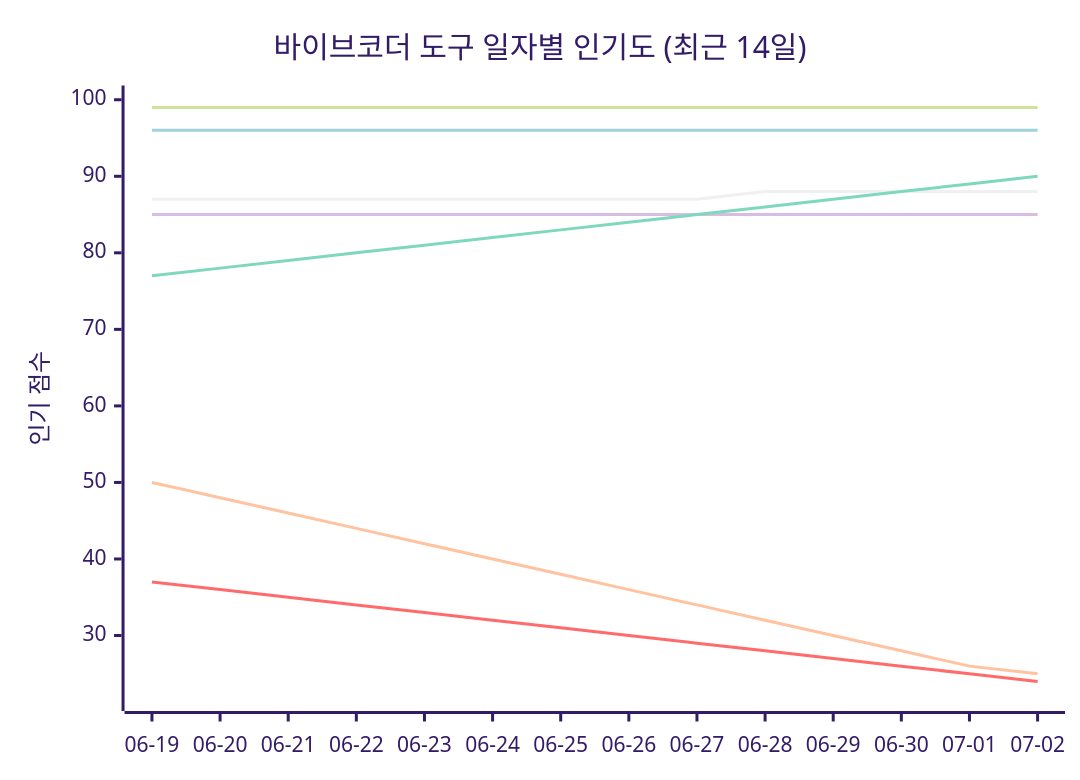
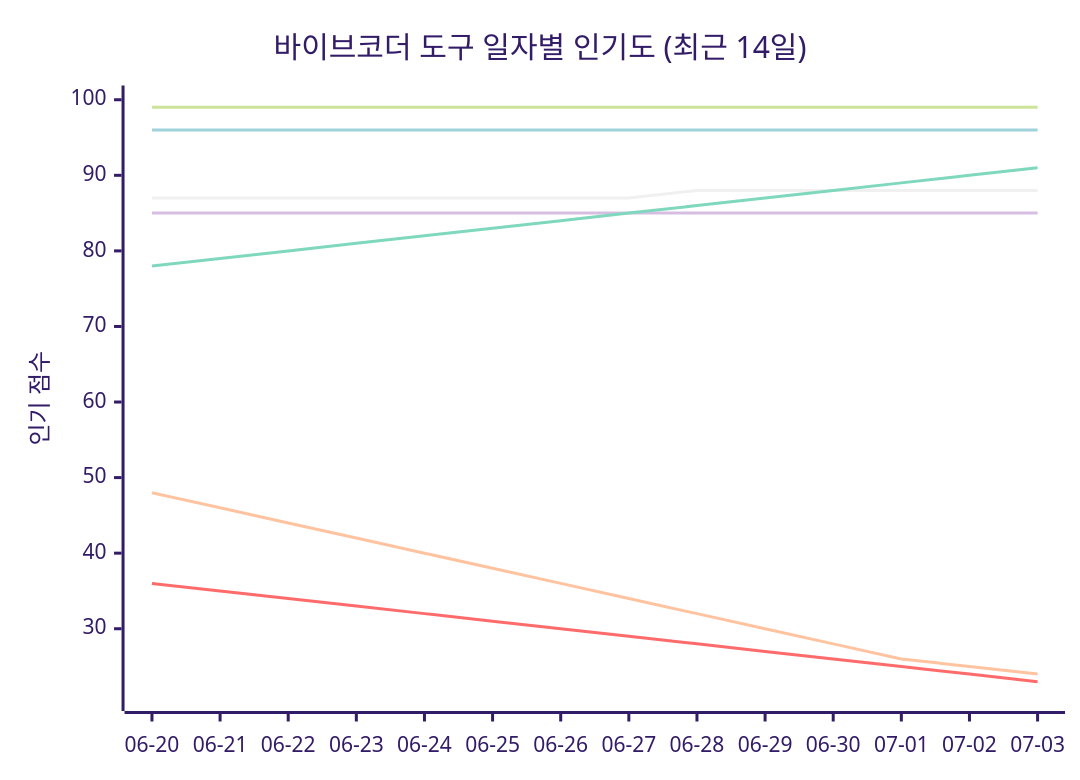
Before and after one commit to tykimos/ai-whatchelin: the seventh of 11 diagrams in README_ko.md, drawn with Mermaid (forest theme). The commit also changed other lines of this file and 4 other files, not shown here.

````diff
--- a/README_ko.md
+++ b/README_ko.md
@@ -1785,13 +1785,13 @@
 ```mermaid
 xychart-beta
     title "바이브코더 도구 일자별 인기도 (최근 14일)"
-    x-axis ["06-19", "06-20", "06-21", "06-22", "06-23", "06-24", "06-25", "06-26", "06-27", "06-28", "06-29", "06-30", "07-01", "07-02"]
-    y-axis "인기 점수" 22 --> 100
+    x-axis ["06-20", "06-21", "06-22", "06-23", "06-24", "06-25", "06-26", "06-27", "06-28", "06-29", "06-30", "07-01", "07-02", "07-03"]
+    y-axis "인기 점수" 21 --> 100
     line "Claude Code" [99, 99, 99, 99, 99, 99, 99, 99, 99, 99, 99, 99, 99, 99]
-    line "GH Copilot" [37, 36, 35, 34, 33, 32, 31, 30, 29, 28, 27, 26, 25, 24]
+    line "GH Copilot" [36, 35, 34, 33, 32, 31, 30, 29, 28, 27, 26, 25, 24, 23]
     line "Cursor" [96, 96, 96, 96, 96, 96, 96, 96, 96, 96, 96, 96, 96, 96]
     line "Windsurf" [85, 85, 85, 85, 85, 85, 85, 85, 85, 85, 85, 85, 85, 85]
-    line "Codex CLI" [87, 87, 87, 87, 87, 87, 87, 87, 87, 88, 88, 88, 88, 88]
-    line "Gemini CLI" [50, 48, 46, 44, 42, 40, 38, 36, 34, 32, 30, 28, 26, 25]
-    line "Antigravity" [77, 78, 79, 80, 81, 82, 83, 84, 85, 86, 87, 88, 89, 90]
+    line "Codex CLI" [87, 87, 87, 87, 87, 87, 87, 87, 88, 88, 88, 88, 88, 88]
+    line "Gemini CLI" [48, 46, 44, 42, 40, 38, 36, 34, 32, 30, 28, 26, 25, 24]
+    line "Antigravity" [78, 79, 80, 81, 82, 83, 84, 85, 86, 87, 88, 89, 90, 91]
 ```
````
